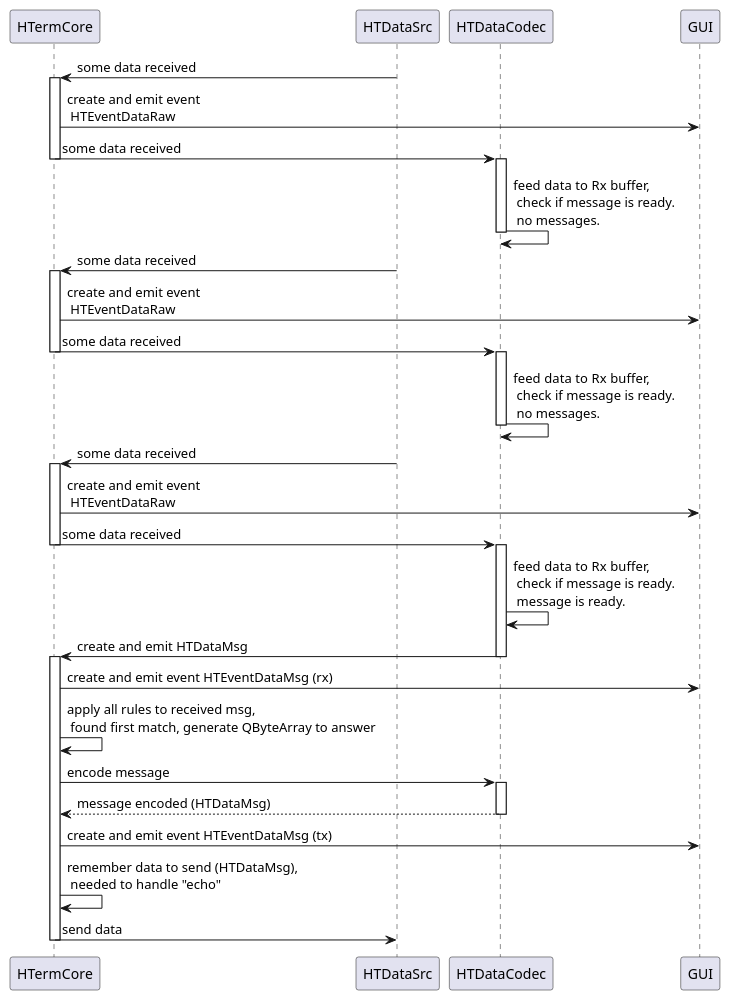
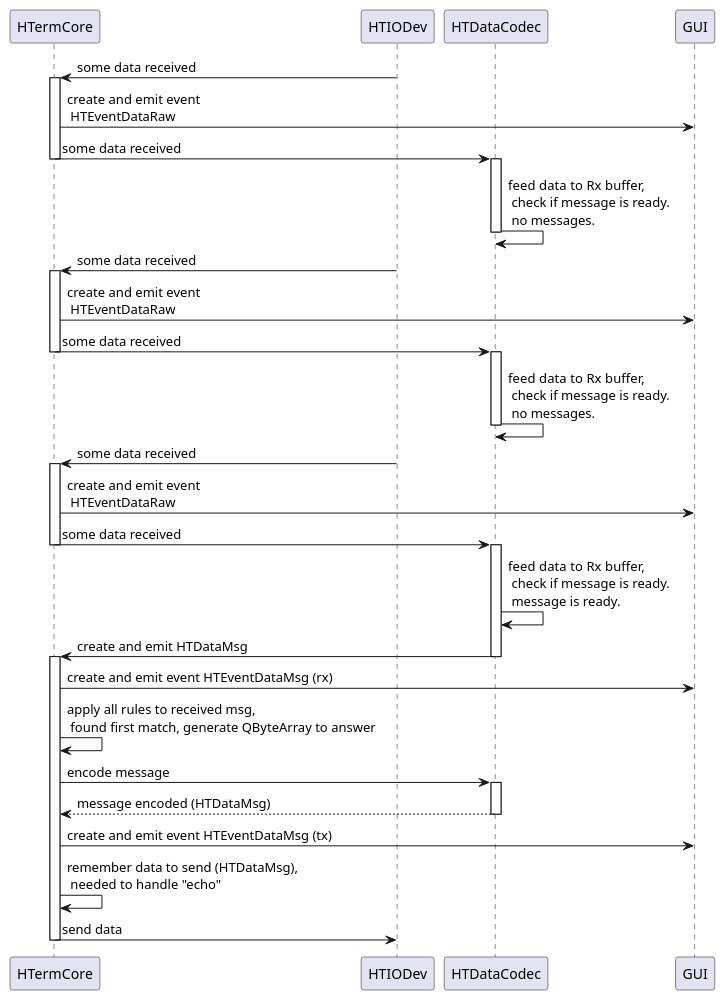
One commit to dimonomid/bterm changed the diagram in stuff/uml/rxtx.pu. Above: the diagram before and after it, drawn with PlantUML. The commit also changed 11 other files, not shown here.

```diff
--- a/stuff/uml/rxtx.pu
+++ b/stuff/uml/rxtx.pu
@@ -1,54 +1,54 @@
 @startuml
 
 participant HTermCore
-participant HTDataSrc
+participant HTIODev
 participant HTDataCodec
 participant GUI
 
-HTDataSrc -> HTermCore: some data received
+HTIODev -> HTermCore: some data received
 activate HTermCore
 HTermCore -> GUI: create and emit event \n HTEventDataRaw
 HTermCore -> HTDataCodec: some data received
 deactivate HTermCore
 activate HTDataCodec
 HTDataCodec -> HTDataCodec: feed data to Rx buffer, \n check if message is ready. \n no messages.
 deactivate HTDataCodec
 
-HTDataSrc -> HTermCore: some data received
+HTIODev -> HTermCore: some data received
 activate HTermCore
 HTermCore -> GUI: create and emit event \n HTEventDataRaw
 HTermCore -> HTDataCodec: some data received
 deactivate HTermCore
 activate HTDataCodec
 HTDataCodec -> HTDataCodec: feed data to Rx buffer, \n check if message is ready. \n no messages.
 deactivate HTDataCodec
 
-HTDataSrc -> HTermCore: some data received
+HTIODev -> HTermCore: some data received
 activate HTermCore
 HTermCore -> GUI: create and emit event \n HTEventDataRaw
 HTermCore -> HTDataCodec: some data received
 deactivate HTermCore
 activate HTDataCodec
 HTDataCodec -> HTDataCodec: feed data to Rx buffer, \n check if message is ready. \n message is ready.
 
 HTDataCodec -> HTermCore: create and emit HTDataMsg
 deactivate HTDataCodec
 activate HTermCore
 HTermCore -> GUI: create and emit event HTEventDataMsg (rx)
 
 HTermCore -> HTermCore: apply all rules to received msg, \n found first match, generate QByteArray to answer
 
 HTermCore -> HTDataCodec: encode message
 activate HTDataCodec
 
 HTermCore <-- HTDataCodec: message encoded (HTDataMsg)
 deactivate HTDataCodec
 
 HTermCore -> GUI: create and emit event HTEventDataMsg (tx)
 
 HTermCore -> HTermCore: remember data to send (HTDataMsg), \n needed to handle "echo"
 
-HTermCore -> HTDataSrc: send data
+HTermCore -> HTIODev: send data
 deactivate HTermCore
 
 @enduml
```
